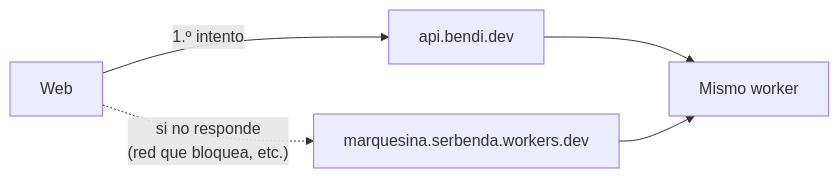
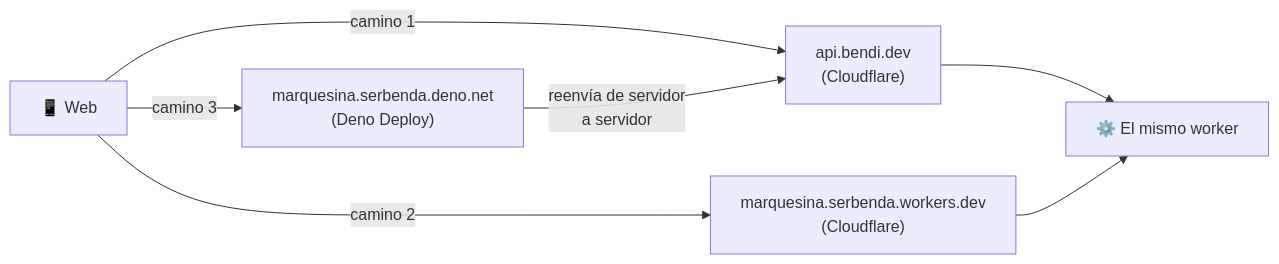
The sixth of 17 diagrams in docs/GUIA.md (serbenda/marquesina), drawn with Mermaid before and after one commit. The commit also changed other lines of this file and 13 other files, not shown here.

````diff
--- a/docs/GUIA.md
+++ b/docs/GUIA.md
@@ -245,7 +271,9 @@
 ```mermaid
 flowchart LR
-  W["Web"] -- "1.º intento" --> A["api.bendi.dev"]
-  W -. "si no responde<br/>(red que bloquea, etc.)" .-> B["marquesina.serbenda.workers.dev"]
-  A --> K["Mismo worker"]
+  W["📱 Web"] -- "camino 1" --> A["api.bendi.dev<br/>(Cloudflare)"]
+  W -- "camino 2" --> B["marquesina.serbenda.workers.dev<br/>(Cloudflare)"]
+  W -- "camino 3" --> R["marquesina.serbenda.deno.net<br/>(Deno Deploy)"]
+  A --> K["⚙️ El mismo worker"]
   B --> K
+  R -- "reenvía de servidor<br/>a servidor" --> A
 ```
````
